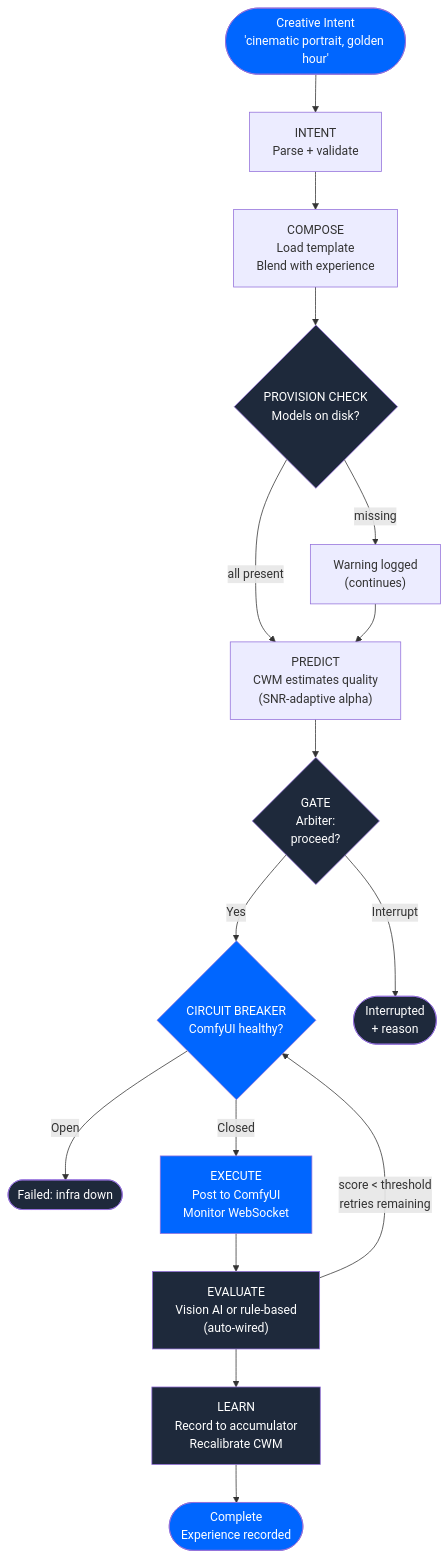
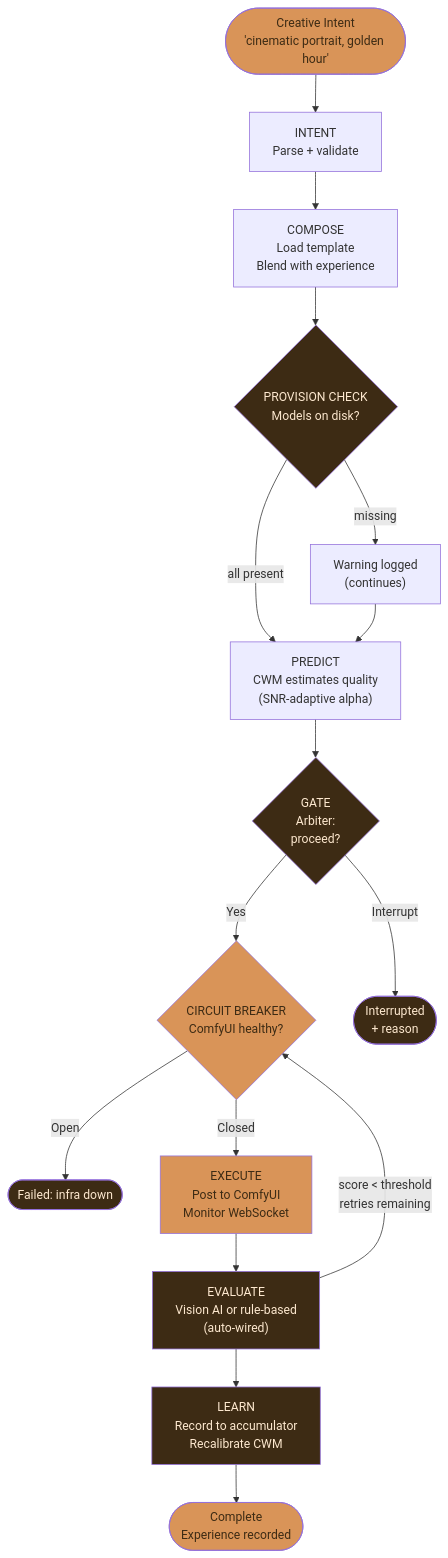
One commit to JosephOIbrahim/Comfy-Cozy changed the tenth of 25 diagrams in README.md. Above: the diagram before and after it, drawn with Mermaid. The commit also changed other lines of this file, not shown here.

First line of the commit message:
[DOCS] Unify mermaid palette across 25 diagrams (warm amber/brown)

````diff
--- a/README.md
+++ b/README.md
@@ -587,29 +587,29 @@
 ```mermaid
 flowchart TD
     You(["Creative Intent<br/>'cinematic portrait, golden hour'"]) --> INTENT["INTENT<br/>Parse + validate"]
     INTENT --> COMPOSE["COMPOSE<br/>Load template<br/>Blend with experience"]
     COMPOSE --> PROVISION{"PROVISION CHECK<br/>Models on disk?"}
     PROVISION -->|"missing"| WARN["Warning logged<br/>(continues)"]
     PROVISION -->|"all present"| PREDICT
     WARN --> PREDICT["PREDICT<br/>CWM estimates quality<br/>(SNR-adaptive alpha)"]
     PREDICT --> GATE{"GATE<br/>Arbiter:<br/>proceed?"}
     GATE -->|Yes| CB{"CIRCUIT BREAKER<br/>ComfyUI healthy?"}
     GATE -->|Interrupt| STOP(["Interrupted<br/>+ reason"])
     CB -->|Open| FAIL(["Failed: infra down"])
     CB -->|Closed| EXECUTE["EXECUTE<br/>Post to ComfyUI<br/>Monitor WebSocket"]
     EXECUTE --> EVALUATE["EVALUATE<br/>Vision AI or rule-based<br/>(auto-wired)"]
     EVALUATE --> LEARN["LEARN<br/>Record to accumulator<br/>Recalibrate CWM"]
     LEARN --> DONE(["Complete<br/>Experience recorded"])
     EVALUATE -->|"score < threshold<br/>retries remaining"| CB
 
-    style You fill:#0066FF,color:#fff
-    style GATE fill:#1e293b,color:#fff
-    style CB fill:#0066FF,color:#fff
-    style EXECUTE fill:#0066FF,color:#fff
-    style EVALUATE fill:#1e293b,color:#fff
-    style LEARN fill:#1e293b,color:#fff
-    style DONE fill:#0066FF,color:#fff
-    style STOP fill:#1e293b,color:#fff
-    style FAIL fill:#1e293b,color:#fff
-    style PROVISION fill:#1e293b,color:#fff
+    style You fill:#d99458,color:#3d2b14
+    style GATE fill:#3d2b14,color:#fde8cf
+    style CB fill:#d99458,color:#3d2b14
+    style EXECUTE fill:#d99458,color:#3d2b14
+    style EVALUATE fill:#3d2b14,color:#fde8cf
+    style LEARN fill:#3d2b14,color:#fde8cf
+    style DONE fill:#d99458,color:#3d2b14
+    style STOP fill:#3d2b14,color:#fde8cf
+    style FAIL fill:#3d2b14,color:#fde8cf
+    style PROVISION fill:#3d2b14,color:#fde8cf
 ```
````
